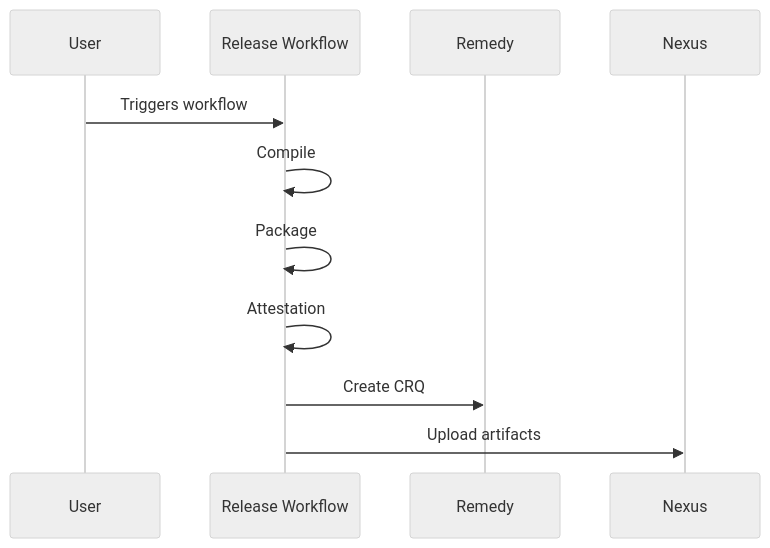
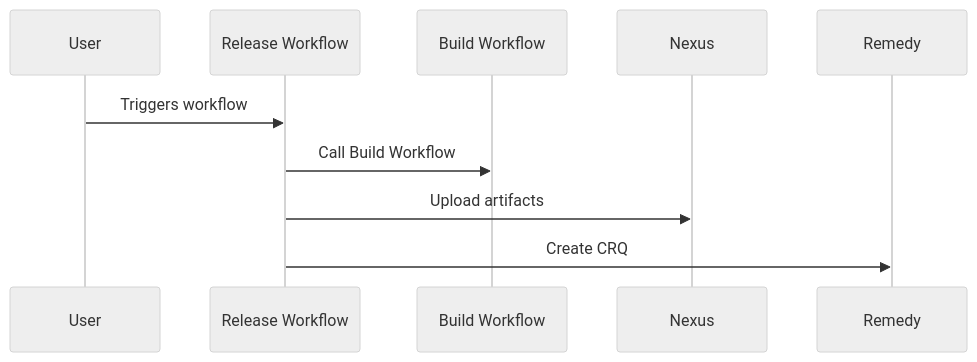
One commit to devarab1/Diagrams changed the second of 4 diagrams in README.md. Above: the diagram before and after it, drawn with Mermaid (neutral theme).

````diff
--- a/README.md
+++ b/README.md
@@ -23,14 +23,13 @@
 ```mermaid
 sequenceDiagram
     participant User
     participant Release Workflow
+    participant Build Workflow
+    participant Nexus
     participant Remedy
-    participant Nexus
 
     User->>Release Workflow: Triggers workflow
-    Release Workflow->>Release Workflow: Compile
-    Release Workflow->>Release Workflow: Package
-    Release Workflow->>Release Workflow: Attestation
+    Release Workflow->>Build Workflow: Call Build Workflow
+    Release Workflow->>Nexus: Upload artifacts
     Release Workflow->>Remedy: Create CRQ
-    Release Workflow->>Nexus: Upload artifacts
 ```
````
